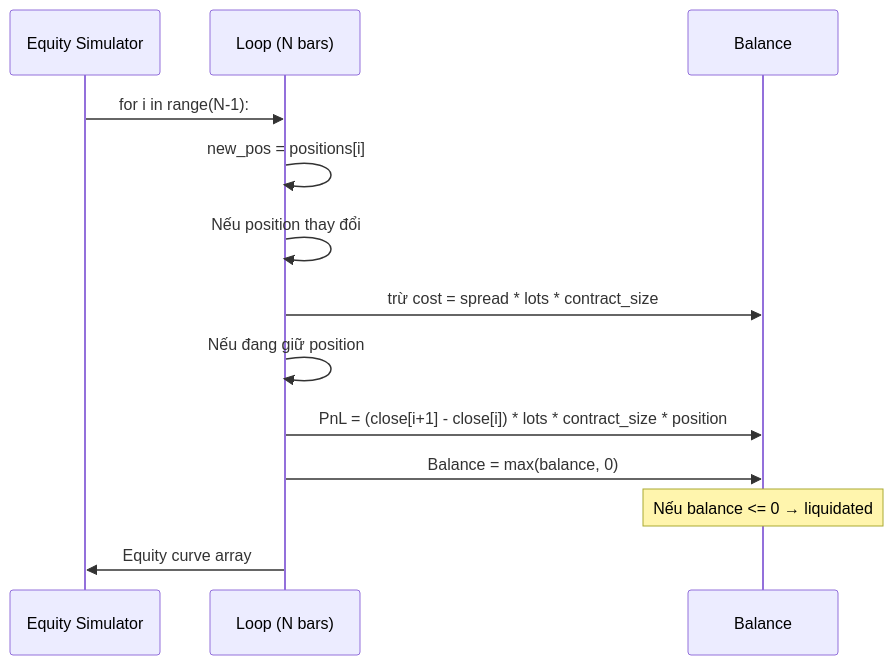
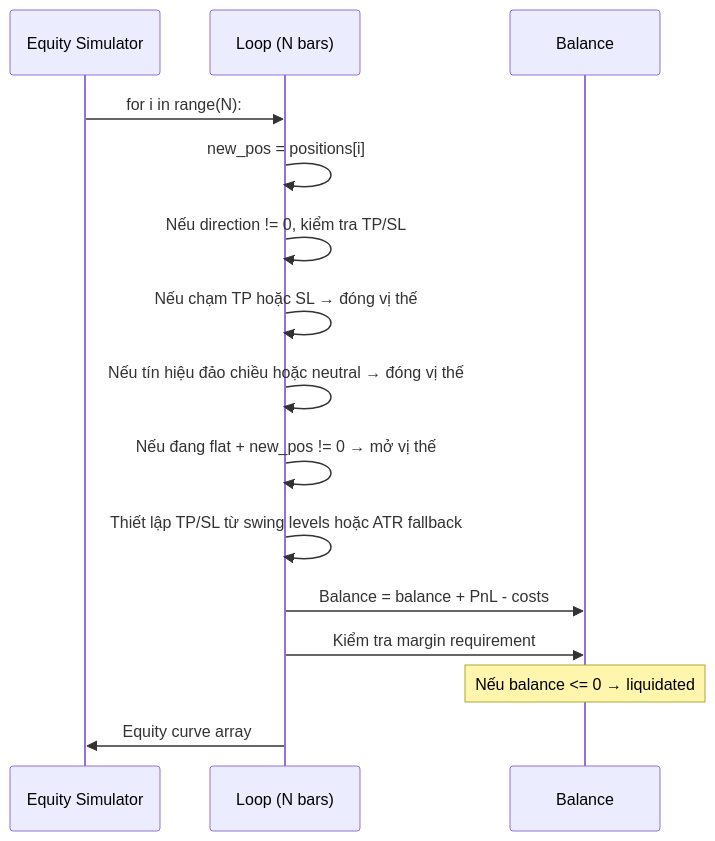
One commit to ultimateBroK/thesis-compact changed the third of 4 diagrams in docs/backtest-evaluation.md. Above: the diagram before and after it, drawn with Mermaid. The commit also changed other lines of this file and 4 other files, not shown here.

````diff
--- a/docs/backtest-evaluation.md
+++ b/docs/backtest-evaluation.md
@@ -49,16 +51,18 @@
 ```mermaid
 sequenceDiagram
     participant E as Equity Simulator
     participant L as Loop (N bars)
     participant B as Balance
 
-    E->>L: for i in range(N-1):
+    E->>L: for i in range(N):
     L->>L: new_pos = positions[i]
-    L->>L: Nếu position thay đổi
-    L->>B: trừ cost = spread * lots * contract_size
-    L->>L: Nếu đang giữ position
-    L->>B: PnL = (close[i+1] - close[i]) * lots * contract_size * position
-    L->>B: Balance = max(balance, 0)
+    L->>L: Nếu direction != 0, kiểm tra TP/SL
+    L->>L: Nếu chạm TP hoặc SL → đóng vị thế
+    L->>L: Nếu tín hiệu đảo chiều hoặc neutral → đóng vị thế
+    L->>L: Nếu đang flat + new_pos != 0 → mở vị thế
+    L->>L: Thiết lập TP/SL từ swing levels hoặc ATR fallback
+    L->>B: Balance = balance + PnL - costs
+    L->>B: Kiểm tra margin requirement
     Note over B: Nếu balance <= 0 → liquidated
     L->>E: Equity curve array
 ```
````
